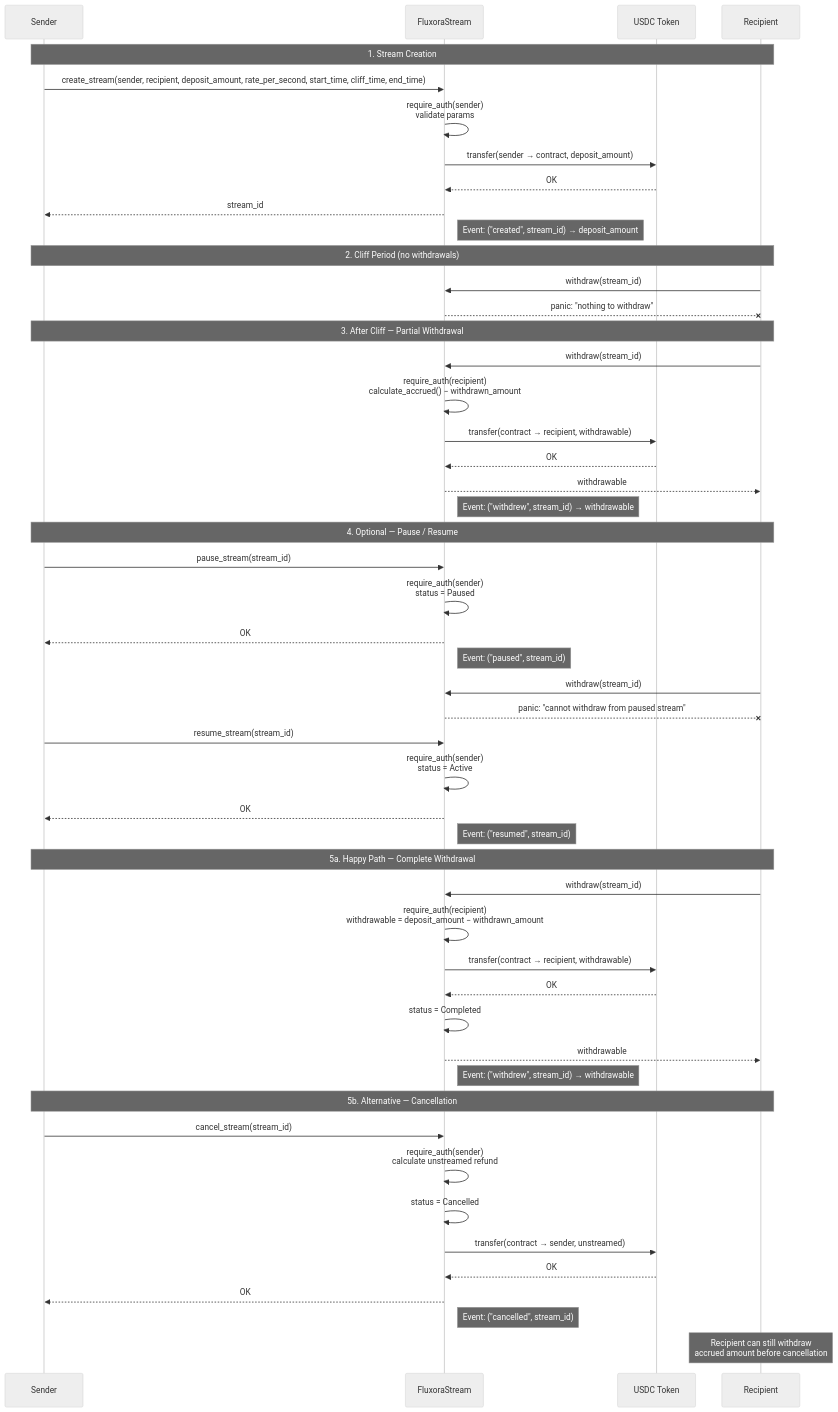
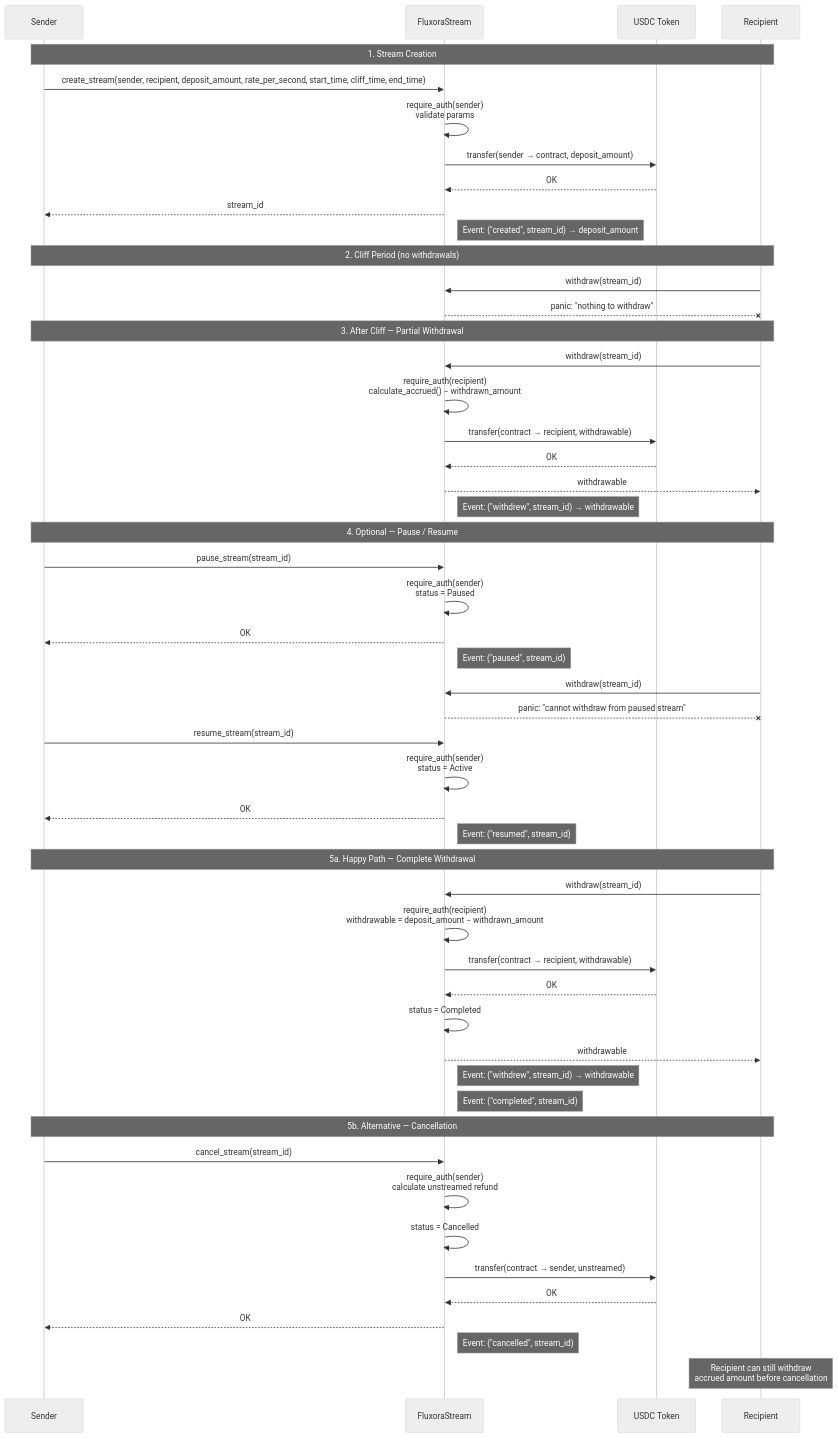
One commit to Fluxora-Org/Fluxora-Contracts changed the second of 2 diagrams in docs/streaming.md. Above: the diagram before and after it, drawn with Mermaid (neutral theme).

Commit message:
Emit event on stream status change

````diff
--- a/docs/streaming.md
+++ b/docs/streaming.md
@@ -55,66 +55,67 @@
 ```mermaid
 sequenceDiagram
     participant Sender
     participant Contract as FluxoraStream
     participant Token as USDC Token
     participant Recipient
 
     Note over Sender, Recipient: 1. Stream Creation
 
     Sender ->> Contract: create_stream(sender, recipient, deposit_amount, rate_per_second, start_time, cliff_time, end_time)
     Contract ->> Contract: require_auth(sender)<br/>validate params
     Contract ->> Token: transfer(sender → contract, deposit_amount)
     Token -->> Contract: OK
     Contract -->> Sender: stream_id
     Note right of Contract: Event: ("created", stream_id) → deposit_amount
 
     Note over Sender, Recipient: 2. Cliff Period (no withdrawals)
 
     Recipient ->> Contract: withdraw(stream_id)
     Contract --x Recipient: panic: "nothing to withdraw"
 
     Note over Sender, Recipient: 3. After Cliff — Partial Withdrawal
 
     Recipient ->> Contract: withdraw(stream_id)
     Contract ->> Contract: require_auth(recipient)<br/>calculate_accrued() − withdrawn_amount
     Contract ->> Token: transfer(contract → recipient, withdrawable)
     Token -->> Contract: OK
     Contract -->> Recipient: withdrawable
     Note right of Contract: Event: ("withdrew", stream_id) → withdrawable
 
     Note over Sender, Recipient: 4. Optional — Pause / Resume
 
     Sender ->> Contract: pause_stream(stream_id)
     Contract ->> Contract: require_auth(sender)<br/>status = Paused
     Contract -->> Sender: OK
     Note right of Contract: Event: ("paused", stream_id)
 
     Recipient ->> Contract: withdraw(stream_id)
     Contract --x Recipient: panic: "cannot withdraw from paused stream"
 
     Sender ->> Contract: resume_stream(stream_id)
     Contract ->> Contract: require_auth(sender)<br/>status = Active
     Contract -->> Sender: OK
     Note right of Contract: Event: ("resumed", stream_id)
 
     Note over Sender, Recipient: 5a. Happy Path — Complete Withdrawal
 
     Recipient ->> Contract: withdraw(stream_id)
     Contract ->> Contract: require_auth(recipient)<br/>withdrawable = deposit_amount − withdrawn_amount
     Contract ->> Token: transfer(contract → recipient, withdrawable)
     Token -->> Contract: OK
     Contract ->> Contract: status = Completed
     Contract -->> Recipient: withdrawable
     Note right of Contract: Event: ("withdrew", stream_id) → withdrawable
+    Note right of Contract: Event: ("completed", stream_id)
 
     Note over Sender, Recipient: 5b. Alternative — Cancellation
 
     Sender ->> Contract: cancel_stream(stream_id)
     Contract ->> Contract: require_auth(sender)<br/>calculate unstreamed refund
     Contract ->> Contract: status = Cancelled
     Contract ->> Token: transfer(contract → sender, unstreamed)
     Token -->> Contract: OK
     Contract -->> Sender: OK
     Note right of Contract: Event: ("cancelled", stream_id)
     Note over Recipient: Recipient can still withdraw<br/>accrued amount before cancellation
 ```
````
